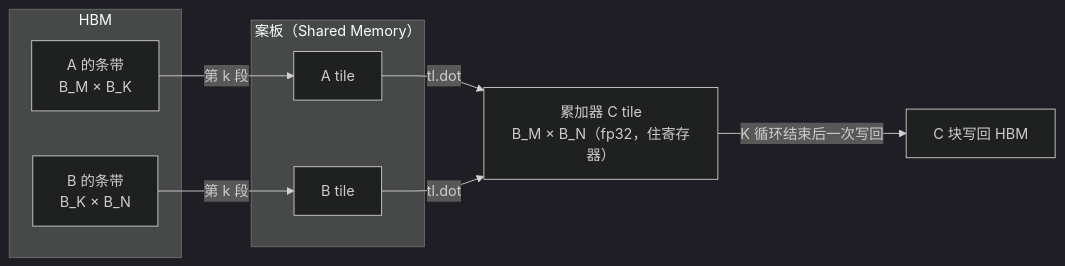
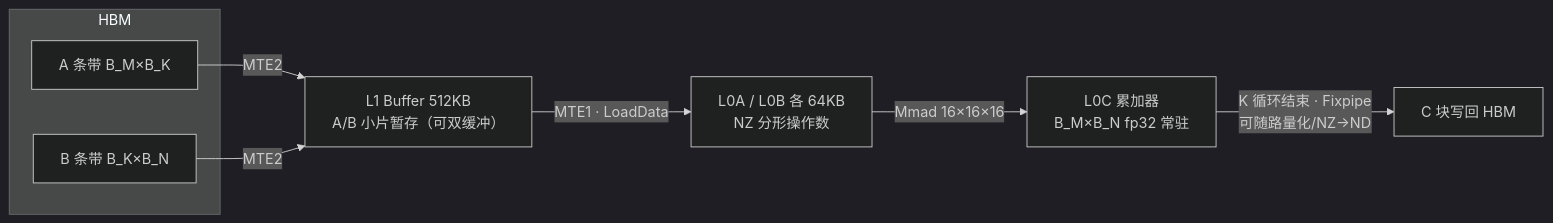
Before and after one commit to kangdl/AscendC_Basic_Knowledge: diagram 23 of 27 in AscendC算子学习指导.md, drawn with Mermaid (dark theme). The commit also changed other lines of this file and 3 other files, not shown here.

````diff
--- a/AscendC算子学习指导.md
+++ b/AscendC算子学习指导.md
@@ -5065,17 +5146,15 @@
 ```mermaid
 flowchart LR
     subgraph HBM
-        A["A 的条带<br/>B_M × B_K"]
-        B["B 的条带<br/>B_K × B_N"]
+        A["A 条带 B_M×B_K"]
+        B["B 条带 B_K×B_N"]
     end
-    subgraph SMEM["案板（Shared Memory）"]
-        At["A tile"]
-        Bt["B tile"]
-    end
-    ACC["累加器 C tile<br/>B_M × B_N（fp32，住寄存器）"]
-    A -->|"第 k 段"| At
-    B -->|"第 k 段"| Bt
-    At -->|"tl.dot"| ACC
-    Bt -->|"tl.dot"| ACC
-    ACC -->|"K 循环结束后一次写回"| C["C 块写回 HBM"]
+    L1["L1 Buffer 512KB<br/>A/B 小片暂存（可双缓冲）"]
+    L0["L0A / L0B 各 64KB<br/>NZ 分形操作数"]
+    L0C["L0C 累加器<br/>B_M×B_N fp32 常驻"]
+    A -->|"MTE2"| L1
+    B -->|"MTE2"| L1
+    L1 -->|"MTE1 · LoadData"| L0
+    L0 -->|"Mmad 16×16×16"| L0C
+    L0C -->|"K 循环结束 · Fixpipe<br/>可随路量化/NZ→ND"| C["C 块写回 HBM"]
 ```
````
